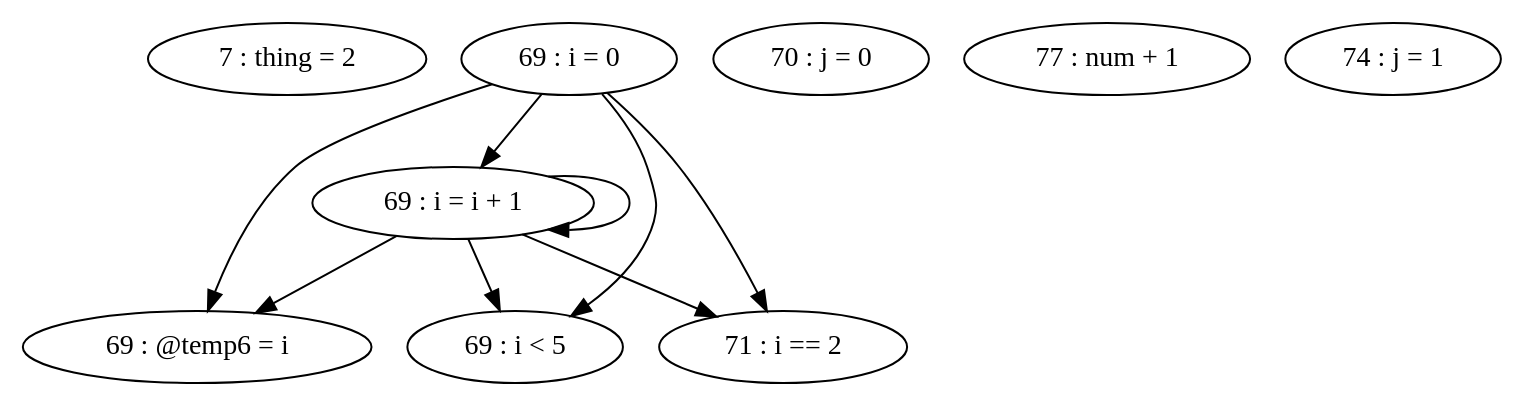
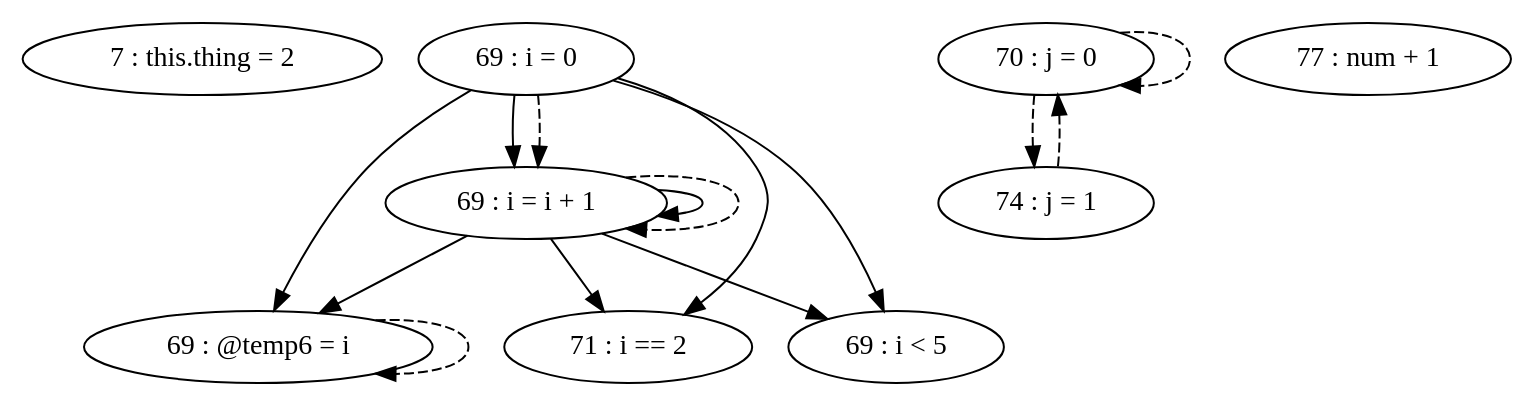
The diagram in pdg/source/testFile-getNum.gv (thomassimko/thesis-code-duplication), drawn with Graphviz before and after one commit. The commit also changed 61 other files, not shown here.

```diff
--- a/pdg/source/testFile-getNum.gv
+++ b/pdg/source/testFile-getNum.gv
@@ -1,19 +1,25 @@
 digraph G {
-"7 : thing = 2"
+"7 : this.thing = 2"
 "69 : i = 0"
 "69 : i = 0" -> "69 : @temp6 = i"
+"69 : i = 0" -> "71 : i == 2"
 "69 : i = 0" -> "69 : i = i + 1"
 "69 : i = 0" -> "69 : i < 5"
-"69 : i = 0" -> "71 : i == 2"
+"69 : i = 0" -> "69 : i = i + 1" [style=dashed]
 "69 : i < 5"
 "70 : j = 0"
+"70 : j = 0" -> "74 : j = 1" [style=dashed]
+"70 : j = 0" -> "70 : j = 0" [style=dashed]
 "71 : i == 2"
 "77 : num + 1"
 "74 : j = 1"
+"74 : j = 1" -> "70 : j = 0" [style=dashed]
 "69 : @temp6 = i"
+"69 : @temp6 = i" -> "69 : @temp6 = i" [style=dashed]
 "69 : i = i + 1"
 "69 : i = i + 1" -> "69 : @temp6 = i"
+"69 : i = i + 1" -> "71 : i == 2"
 "69 : i = i + 1" -> "69 : i = i + 1"
 "69 : i = i + 1" -> "69 : i < 5"
-"69 : i = i + 1" -> "71 : i == 2"
+"69 : i = i + 1" -> "69 : i = i + 1" [style=dashed]
 }
```
